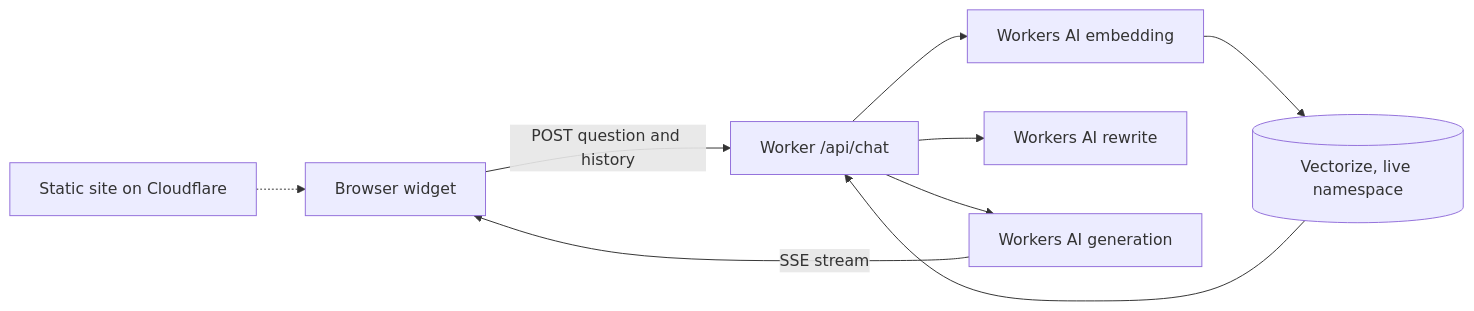
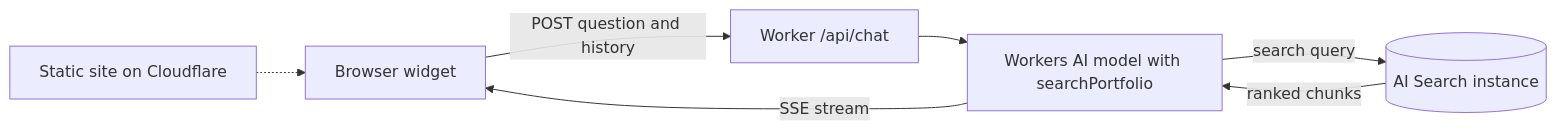
The second of 6 diagrams in content/posts/2026-01-25-ai-chat/index.md (sgama/sg), drawn with Mermaid before and after one commit. The commit also changed other lines of this file and 5 other files, not shown here.

```diff
--- a/content/posts/2026-01-25-ai-chat/index.md
+++ b/content/posts/2026-01-25-ai-chat/index.md
@@ -42,11 +47,9 @@
 {{< mermaid >}}
 flowchart LR
     Browser[Browser widget] -->|POST question and history| Worker[Worker /api/chat]
-    Worker --> Embed[Workers AI embedding]
-    Worker --> Rewrite[Workers AI rewrite]
-    Embed --> Vec[(Vectorize, live namespace)]
-    Vec --> Worker
-    Worker --> Gen[Workers AI generation]
+    Worker --> Gen[Workers AI model with searchPortfolio]
+    Gen -->|search query| Search[(AI Search instance)]
+    Search -->|ranked chunks| Gen
     Gen -->|SSE stream| Browser
     Static[Static site on Cloudflare] -.-> Browser
 {{< /mermaid >}}
```
